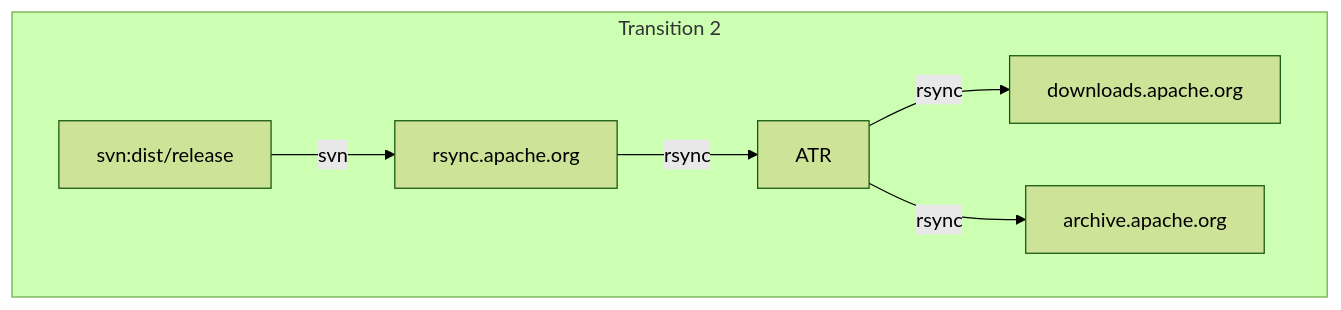
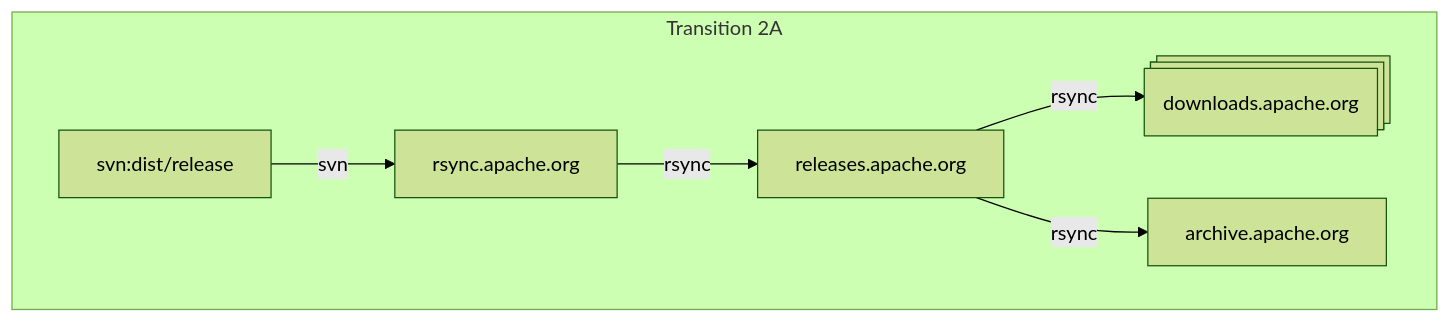
One commit to jbampton/tooling-docs changed the third of 6 diagrams in apache-trusted-release/svn-dist.md. Above: the diagram before and after it, drawn with Mermaid (forest theme). The commit also changed other lines of this file, not shown here.

First line of the commit message:
Revise svn-dist.md for ATR integration updates

````diff
--- a/apache-trusted-release/svn-dist.md
+++ b/apache-trusted-release/svn-dist.md
@@ -71,14 +72,14 @@
 ```mermaid
 flowchart TD
-    subgraph Transition 2
+    subgraph Transition 2A
     A[svn:dist/release]
     B[rsync.apache.org]
     A -->|svn| B
-    ATR[ATR]
+    ATR[releases.apache.org]
     B -->|rsync| ATR
-    C[downloads.apache.org]
+    C@{ shape: processes, label: "downloads.apache.org"}
     D[archive.apache.org]
     ATR -->|rsync| C
     ATR -->|rsync| D
     end
 ```
````
